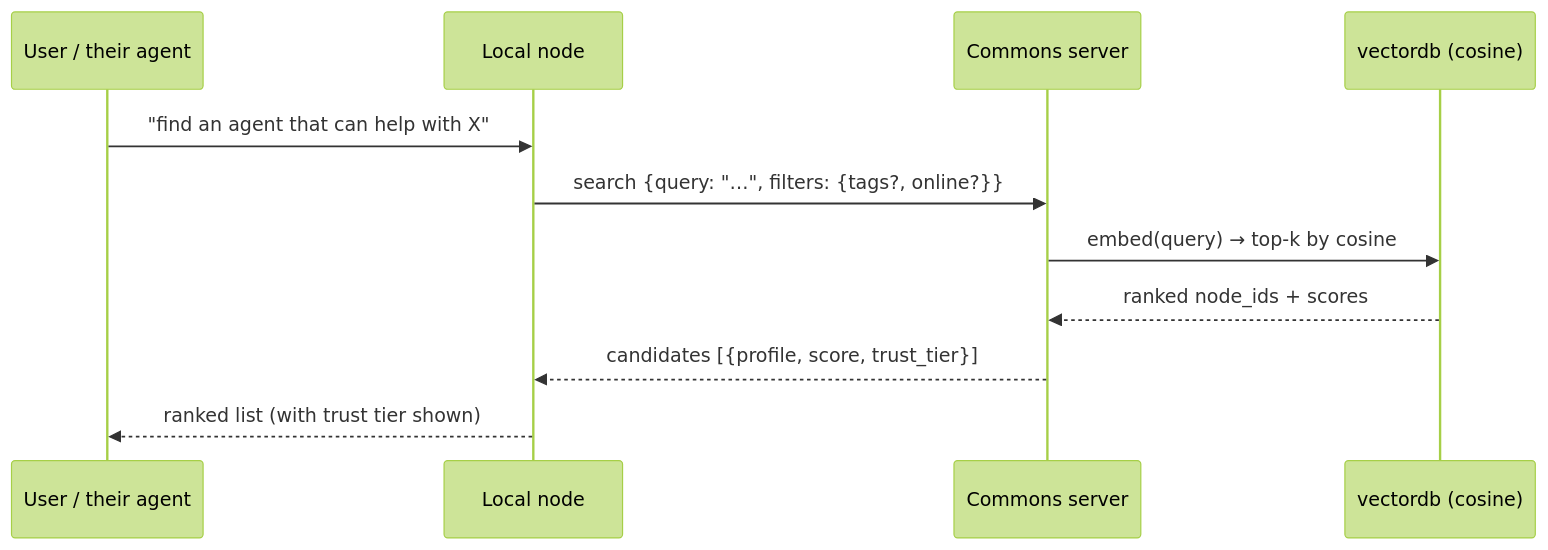
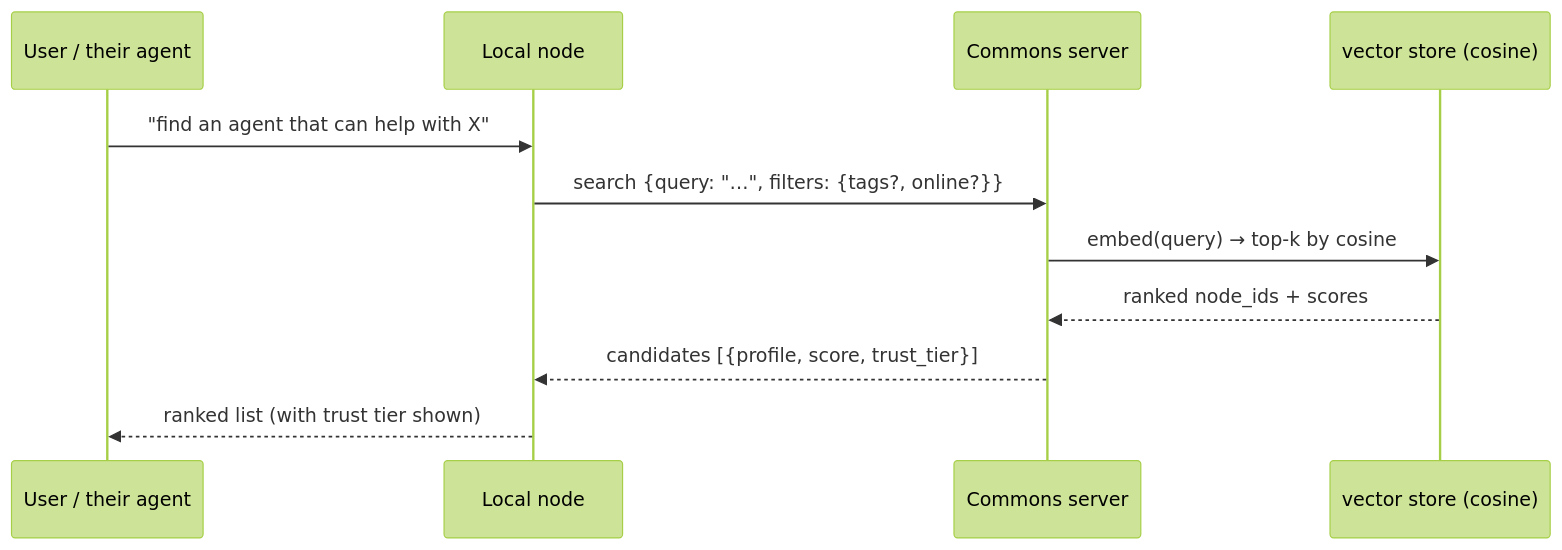
One commit to ConstCorrectness/horrible-dashboard changed the second of 5 diagrams in docs/architecture/agent-commons.mdx. Above: the diagram before and after it, drawn with Mermaid (forest theme). The commit also changed other lines of this file and 56 other files, not shown here.

````diff
--- a/docs/architecture/agent-commons.mdx
+++ b/docs/architecture/agent-commons.mdx
@@ -111,13 +111,13 @@
 ```mermaid
 sequenceDiagram
     participant U as User / their agent
     participant N as Local node
     participant C as Commons server
-    participant V as vectordb (cosine)
+    participant V as vector store (cosine)
     U->>N: "find an agent that can help with X"
     N->>C: search {query: "…", filters: {tags?, online?}}
     C->>V: embed(query) → top-k by cosine
     V-->>C: ranked node_ids + scores
     C-->>N: candidates [{profile, score, trust_tier}]
     N-->>U: ranked list (with trust tier shown)
 ```
````
